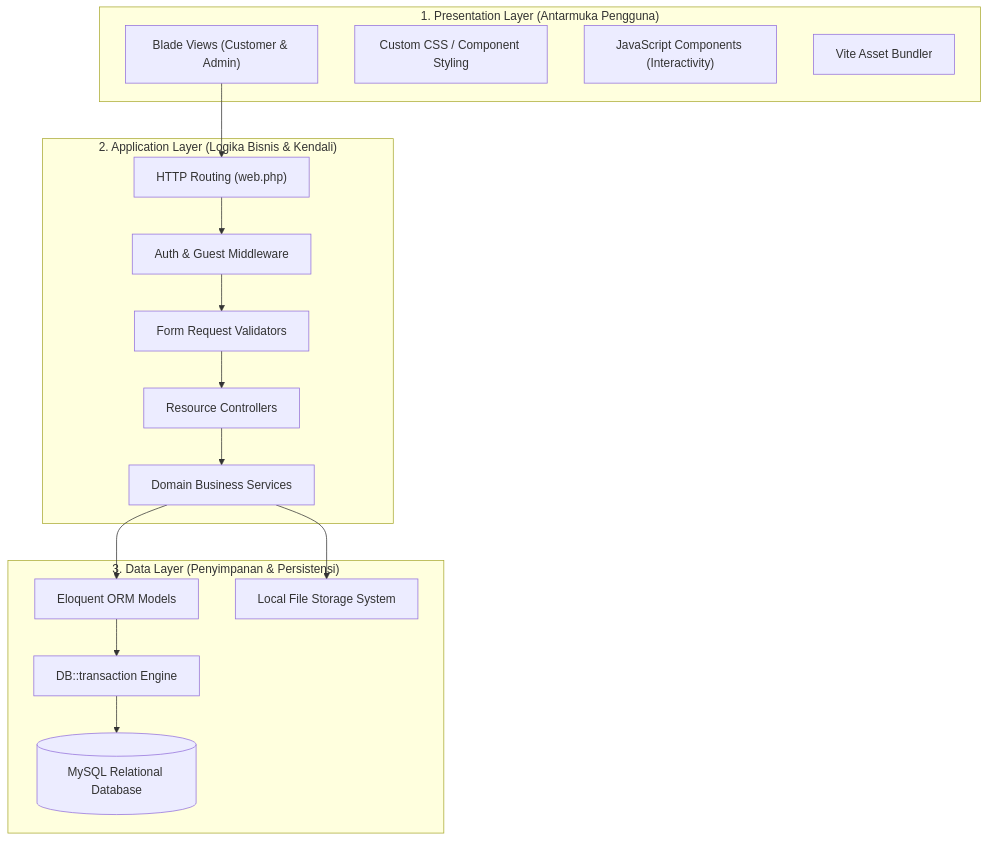
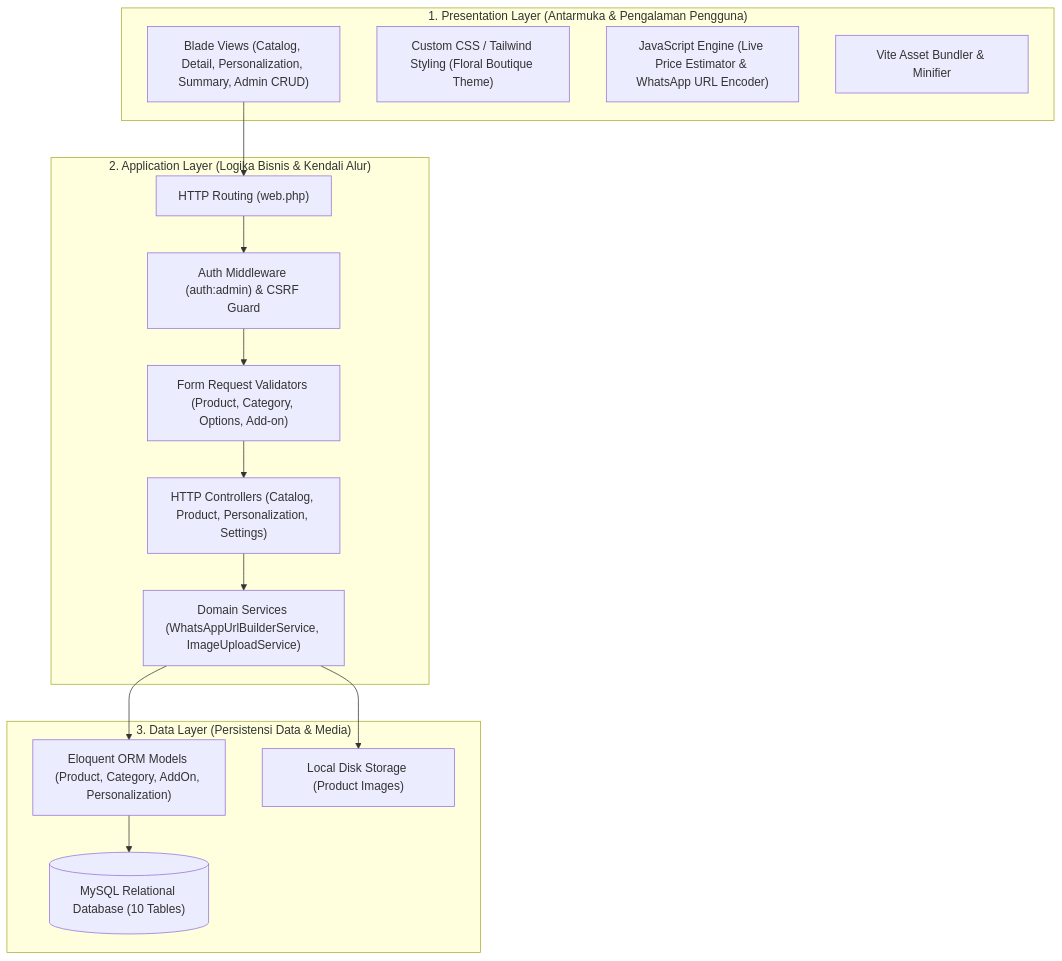
Before and after one commit to Elfend11/buketbunga: the first of 7 diagrams in architecture.md, drawn with Mermaid. The commit also changed other lines of this file and 89 other files, not shown here.

````diff
--- a/architecture.md
+++ b/architecture.md
@@ -64,34 +60,32 @@
 ```mermaid
 graph TD
-    subgraph Layer1 ["1. Presentation Layer (Antarmuka Pengguna)"]
-        Blade["Blade Views (Customer & Admin)"]
-        CSS["Custom CSS / Component Styling"]
-        JS["JavaScript Components (Interactivity)"]
-        Vite["Vite Asset Bundler"]
+    subgraph Layer1 ["1. Presentation Layer (Antarmuka & Pengalaman Pengguna)"]
+        Blade["Blade Views (Catalog, Detail, Personalization, Summary, Admin CRUD)"]
+        CSS["Custom CSS / Tailwind Styling (Floral Boutique Theme)"]
+        JS["JavaScript Engine (Live Price Estimator & WhatsApp URL Encoder)"]
+        Vite["Vite Asset Bundler & Minifier"]
     end
 
-    subgraph Layer2 ["2. Application Layer (Logika Bisnis & Kendali)"]
+    subgraph Layer2 ["2. Application Layer (Logika Bisnis & Kendali Alur)"]
         Router["HTTP Routing (web.php)"]
-        Middleware["Auth & Guest Middleware"]
-        Requests["Form Request Validators"]
-        Controllers["Resource Controllers"]
-        Services["Domain Business Services"]
+        Middleware["Auth Middleware (auth:admin) & CSRF Guard"]
+        Requests["Form Request Validators (Product, Category, Options, Add-on)"]
+        Controllers["HTTP Controllers (Catalog, Product, Personalization, Settings)"]
+        Services["Domain Services (WhatsAppUrlBuilderService, ImageUploadService)"]
     end
 
-    subgraph Layer3 ["3. Data Layer (Penyimpanan & Persistensi)"]
-        Models["Eloquent ORM Models"]
-        DBTransactions["DB::transaction Engine"]
-        MySQL[("MySQL Relational Database")]
-        Storage["Local File Storage System"]
+    subgraph Layer3 ["3. Data Layer (Persistensi Data & Media)"]
+        Models["Eloquent ORM Models (Product, Category, AddOn, Personalization)"]
+        MySQL[("MySQL Relational Database (10 Tables)")]
+        Storage["Local Disk Storage (Product Images)"]
     end
 
     Blade --> Router
     Router --> Middleware
     Middleware --> Requests
     Requests --> Controllers
     Controllers --> Services
     Services --> Models
-    Models --> DBTransactions
-    DBTransactions --> MySQL
+    Models --> MySQL
     Services --> Storage
 ```
````
